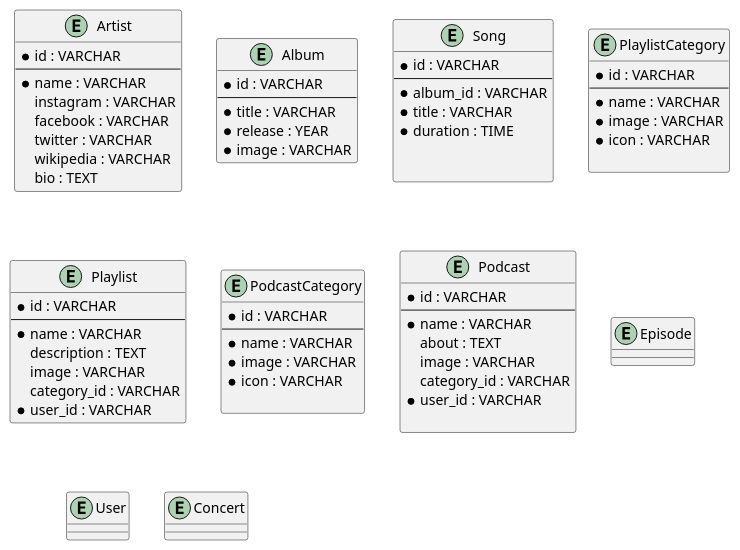
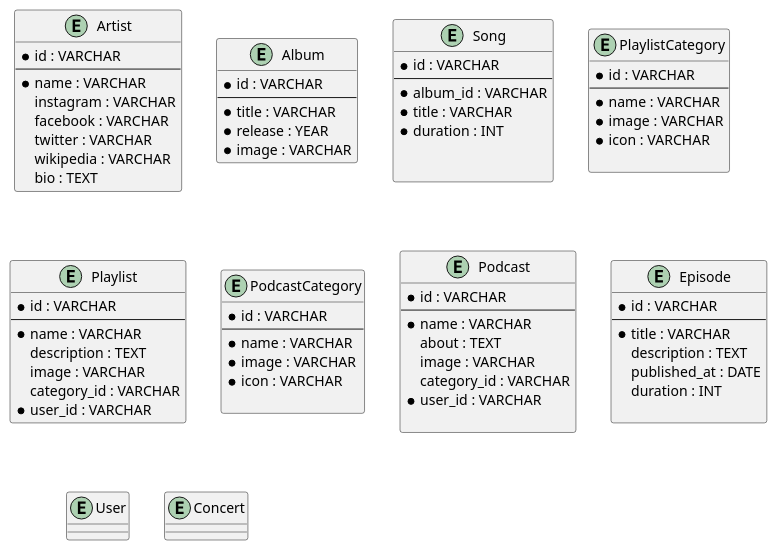
Before and after one commit to hanifiamdev/plantUML: the diagram in spotify.puml, drawn with PlantUML.

Commit message:
Menentukan Attribute Entity Episode

```diff
--- a/spotify.puml
+++ b/spotify.puml
@@ -1,84 +1,90 @@
 @startuml
 entity Artist {
     * id : VARCHAR
     --
     * name : VARCHAR
     instagram : VARCHAR
     facebook : VARCHAR
     twitter : VARCHAR
     wikipedia : VARCHAR
     bio : TEXT
 }
 
 entity Album {
     * id : VARCHAR
     --
     * title : VARCHAR
     * release : YEAR
     * image : VARCHAR
 }
 
 entity Song {
     * id : VARCHAR
     --
     * album_id : VARCHAR
     * title : VARCHAR
-    * duration : TIME
+    * duration : INT
 
 
 }
 
 entity PlaylistCategory {
     * id : VARCHAR
     --
     * name : VARCHAR
     * image : VARCHAR
     * icon : VARCHAR
 
 }
 
 
 entity Playlist {
     * id : VARCHAR
     --
     * name : VARCHAR
     description : TEXT
     image : VARCHAR
     category_id : VARCHAR
     * user_id : VARCHAR
 }
 
 entity PodcastCategory {
     * id : VARCHAR
     --
     * name : VARCHAR
     * image : VARCHAR
     * icon : VARCHAR
 
 }
 
 entity Podcast {
     * id : VARCHAR
     --
     * name : VARCHAR
     about : TEXT
     image : VARCHAR
     category_id : VARCHAR
     * user_id : VARCHAR
 
 }
 
 entity Episode {
+    * id : VARCHAR
+    --
+    * title : VARCHAR
+    description : TEXT
+    published_at : DATE
+    duration : INT
 
 }
 
 entity User {
 
 }
 
 entity Concert {
 
 }
 
 
 @enduml
```
